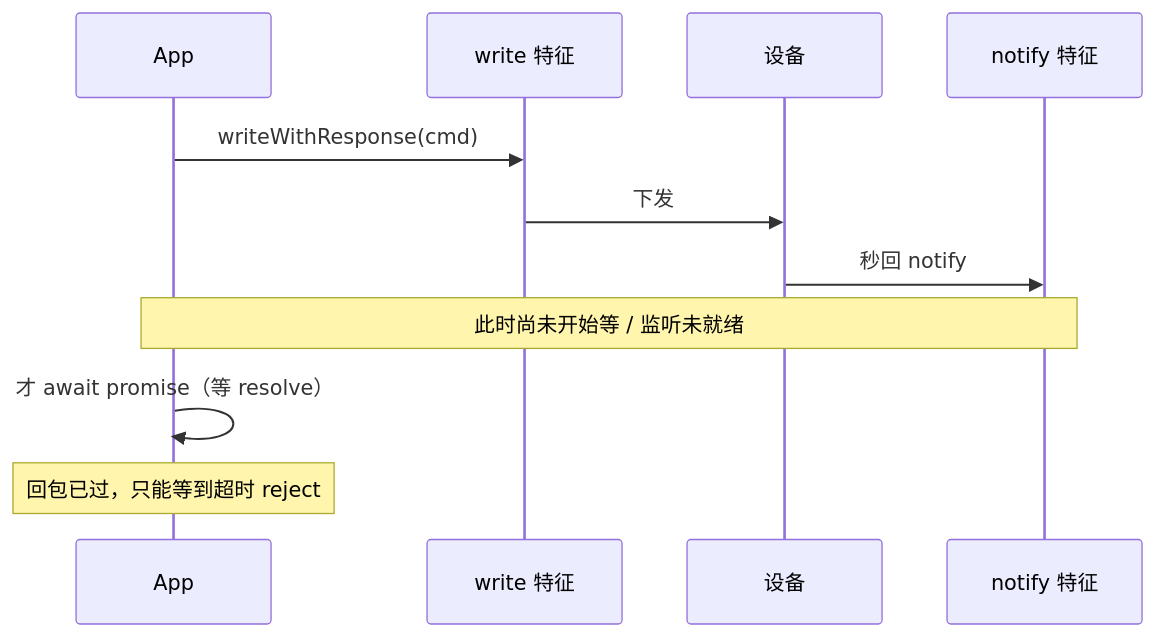
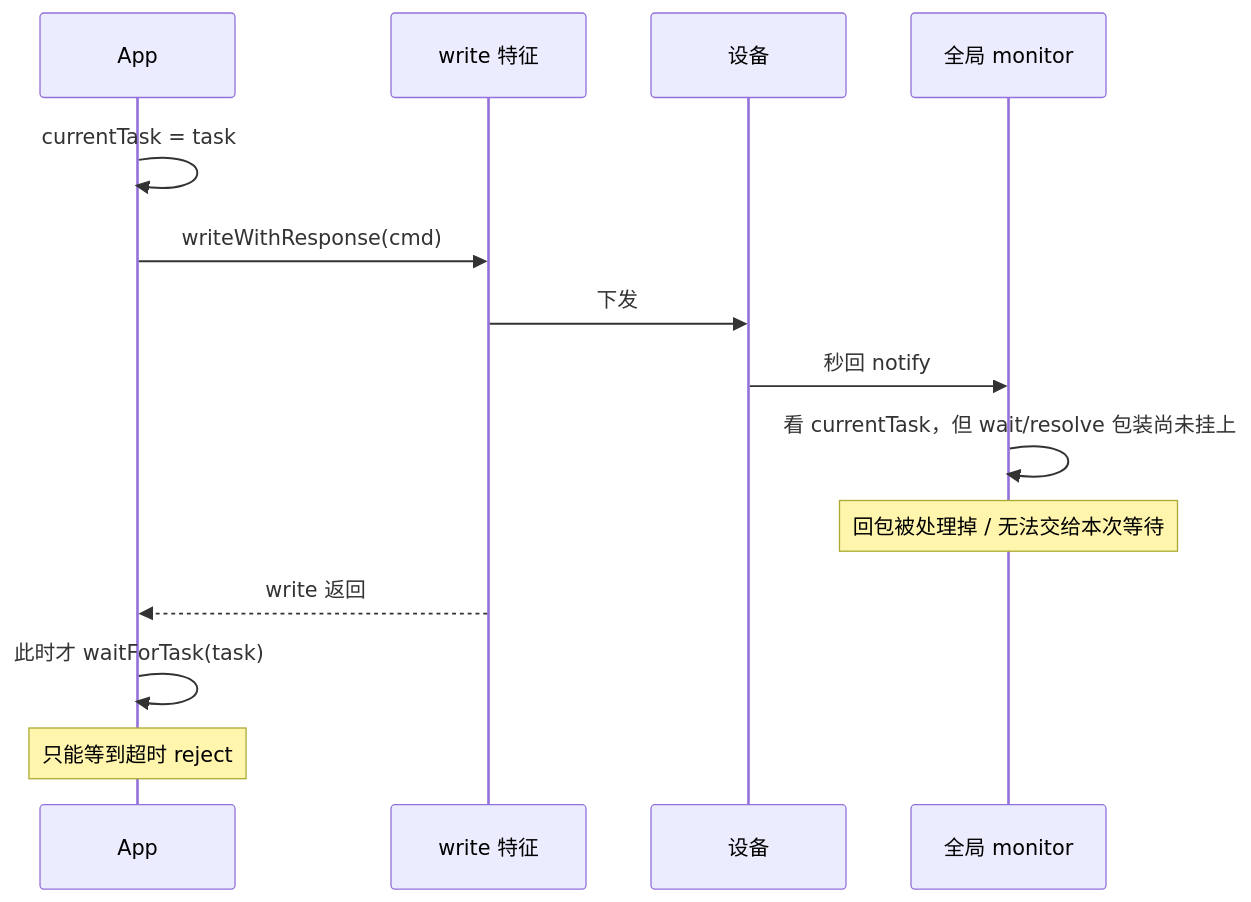
One commit to wutiange/Wujing changed the diagram in content/ble-write-before-listen.md. Above: the diagram before and after it, drawn with Mermaid. The commit also changed other lines of this file, not shown here.

First line of the commit message:
修正 ble-plx 笔记：先写后挂等待的真实时序

````diff
--- a/content/ble-write-before-listen.md
+++ b/content/ble-write-before-listen.md
@@ -159,14 +185,17 @@
 ```mermaid
 sequenceDiagram
   participant App
-  participant BLE as write 特征
+  participant W as write 特征
   participant Dev as 设备
-  participant N as notify 特征
+  participant M as 全局 monitor
 
-  App->>BLE: writeWithResponse(cmd)
-  BLE->>Dev: 下发
-  Dev->>N: 秒回 notify
-  Note over App,N: 此时尚未开始等 / 监听未就绪
-  App->>App: 才 await promise（等 resolve）
-  Note over App: 回包已过，只能等到超时 reject
+  App->>App: currentTask = task
+  App->>W: writeWithResponse(cmd)
+  W->>Dev: 下发
+  Dev->>M: 秒回 notify
+  M->>M: 看 currentTask，但 wait/resolve 包装尚未挂上
+  Note over M: 回包被处理掉 / 无法交给本次等待
+  W-->>App: write 返回
+  App->>App: 此时才 waitForTask(task)
+  Note over App: 只能等到超时 reject
 ```
````
